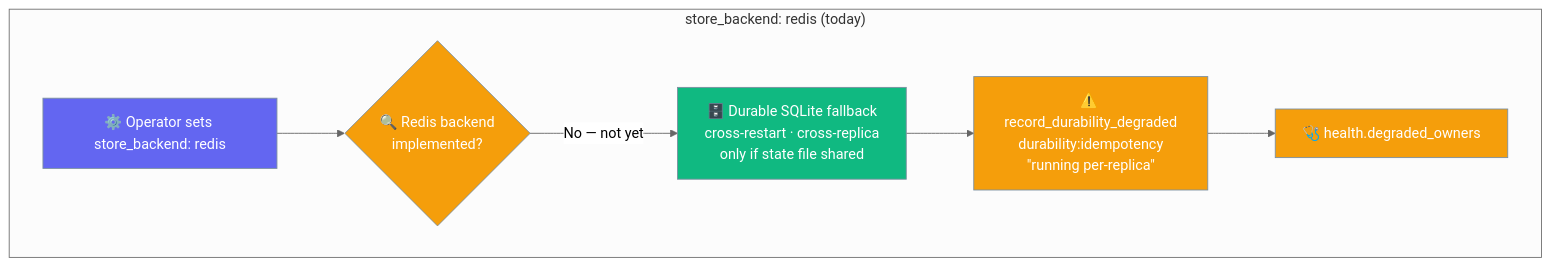
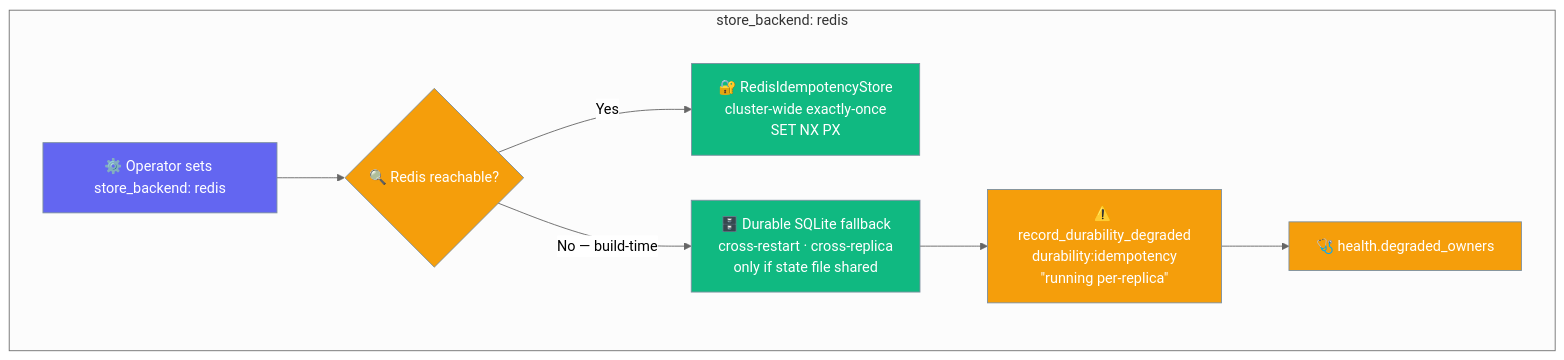
One commit to MervinPraison/PraisonAIDocs changed the fourth of 5 diagrams in docs/features/gateway-hooks.mdx. Above: the diagram before and after it, drawn with Mermaid (neutral theme). The commit also changed other lines of this file and 6 other files, not shown here.

First line of the commit message:
docs: update store_backend redis to real cross-replica store (fixes #4275)

````diff
--- a/docs/features/gateway-hooks.mdx
+++ b/docs/features/gateway-hooks.mdx
@@ -434,19 +438,20 @@
 ```mermaid
 graph TB
-    subgraph "store_backend: redis (today)"
-        Op[⚙️ Operator sets store_backend: redis] --> Try{🔍 Redis backend<br/>implemented?}
-        Try -->|No — not yet| SQ[🗄️ Durable SQLite fallback<br/>cross-restart · cross-replica<br/>only if state file shared]
+    subgraph "store_backend: redis"
+        Op[⚙️ Operator sets store_backend: redis] --> Try{🔍 Redis reachable?}
+        Try -->|Yes| RS[🔐 RedisIdempotencyStore<br/>cluster-wide exactly-once<br/>SET NX PX]
+        Try -->|No — build-time| SQ[🗄️ Durable SQLite fallback<br/>cross-restart · cross-replica<br/>only if state file shared]
         SQ --> Deg[⚠️ record_durability_degraded<br/>durability:idempotency<br/>&quot;running per-replica&quot;]
         Deg --> Health[🩺 health.degraded_owners]
     end
 
     classDef op fill:#6366F1,stroke:#7C90A0,color:#fff
     classDef check fill:#F59E0B,stroke:#7C90A0,color:#fff
     classDef store fill:#10B981,stroke:#7C90A0,color:#fff
     classDef warn fill:#F59E0B,stroke:#7C90A0,color:#fff
 
     class Op op
     class Try check
-    class SQ store
+    class RS,SQ store
     class Deg,Health warn
 ```
````
